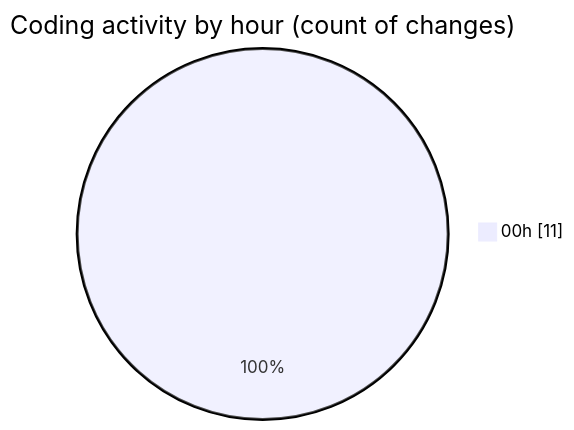
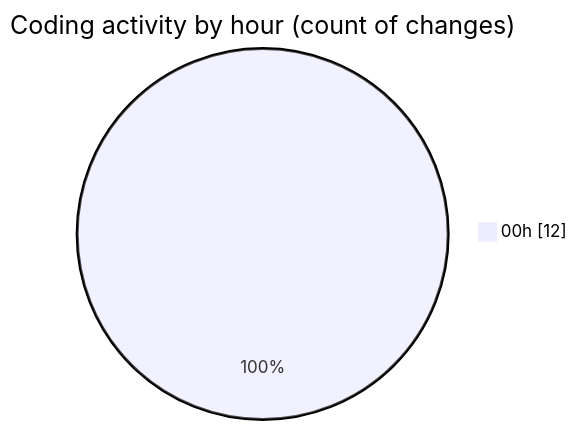
One commit to julien-gomy/code-tracking changed the second of 2 diagrams in 2025-11-20/eventscop-frontend-guide__workspace_/README.md. Above: the diagram before and after it, drawn with Mermaid. The commit also changed other lines of this file and 1 other file, not shown here.

````diff
--- a/2025-11-20/eventscop-frontend-guide__workspace_/README.md
+++ b/2025-11-20/eventscop-frontend-guide__workspace_/README.md
@@ -34,5 +35,5 @@
 ```mermaid
 pie showData
 title Coding activity by hour (count of changes)
-"00h" : 11
+"00h" : 12
 ```
````
